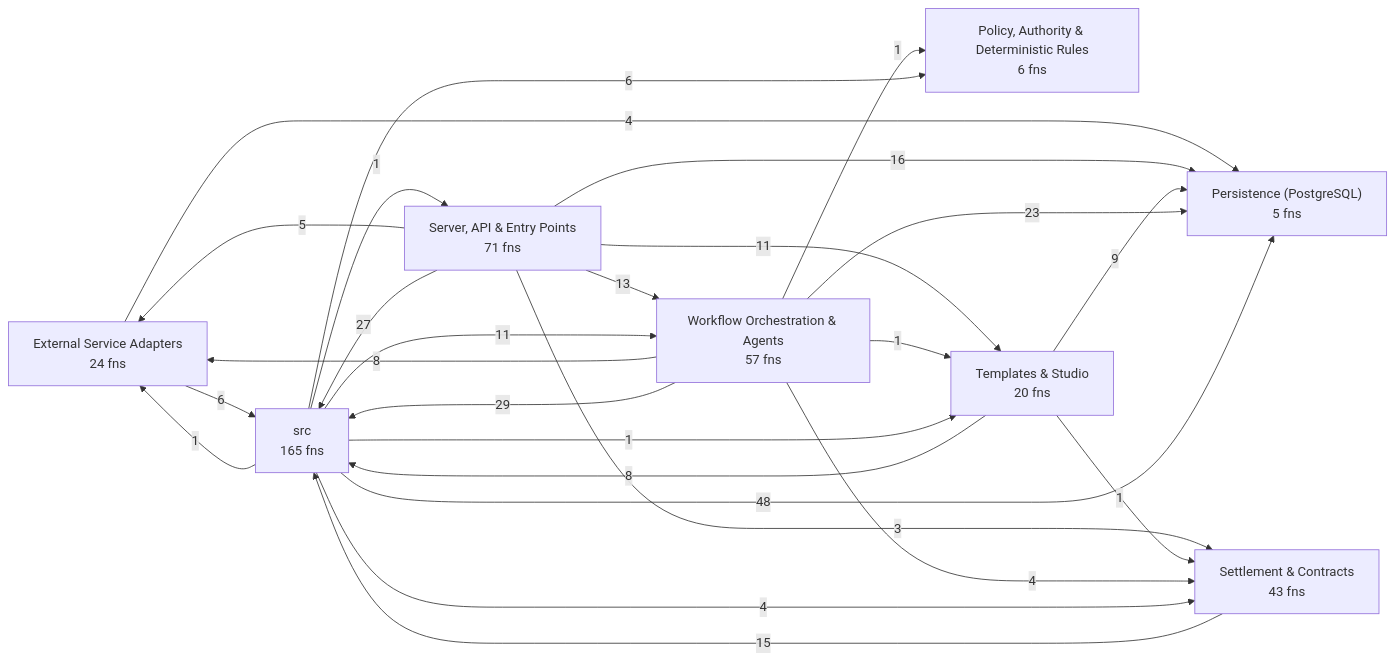
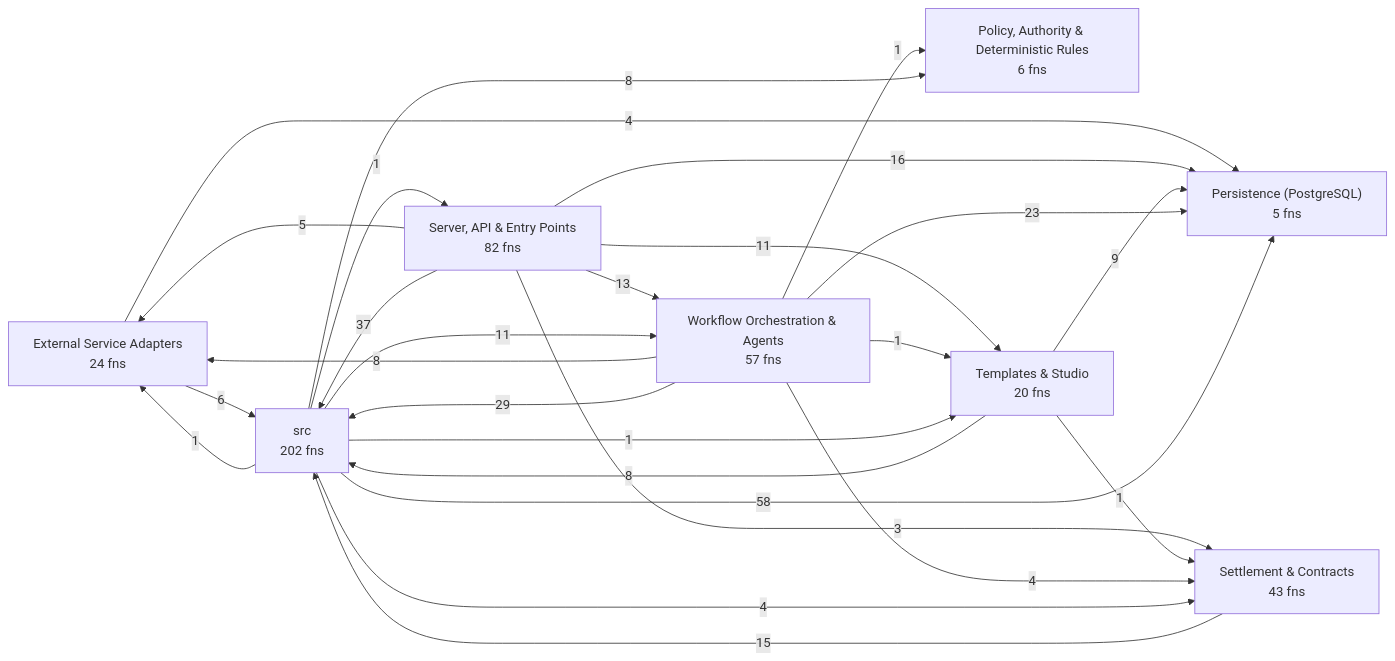
One commit to Jaydearcadian/bind changed the first of 8 diagrams in docs/CODEBASE_MAP.md. Above: the diagram before and after it, drawn with Mermaid. The commit also changed other lines of this file and 10 other files, not shown here.

````diff
--- a/docs/CODEBASE_MAP.md
+++ b/docs/CODEBASE_MAP.md
@@ -12,36 +12,36 @@
 ```mermaid
 flowchart LR
   L0["External Service Adapters<br/>24 fns"]
   L1["Persistence (PostgreSQL)<br/>5 fns"]
   L2["Policy, Authority & Deterministic Rules<br/>6 fns"]
-  L3["Server, API & Entry Points<br/>71 fns"]
+  L3["Server, API & Entry Points<br/>82 fns"]
   L4["Settlement & Contracts<br/>43 fns"]
   L5["Templates & Studio<br/>20 fns"]
   L6["Workflow Orchestration & Agents<br/>57 fns"]
-  L7["src<br/>165 fns"]
+  L7["src<br/>202 fns"]
   L0 -->|4| L1
   L0 -->|6| L7
   L3 -->|5| L0
   L3 -->|16| L1
   L3 -->|3| L4
   L3 -->|11| L5
   L3 -->|13| L6
-  L3 -->|27| L7
+  L3 -->|37| L7
   L4 -->|15| L7
   L5 -->|9| L1
   L5 -->|1| L4
   L5 -->|8| L7
   L6 -->|8| L0
   L6 -->|23| L1
   L6 -->|1| L2
   L6 -->|4| L4
   L6 -->|1| L5
   L6 -->|29| L7
   L7 -->|1| L0
-  L7 -->|48| L1
-  L7 -->|6| L2
+  L7 -->|58| L1
+  L7 -->|8| L2
   L7 -->|1| L3
   L7 -->|4| L4
   L7 -->|1| L5
   L7 -->|11| L6
 ```
````
